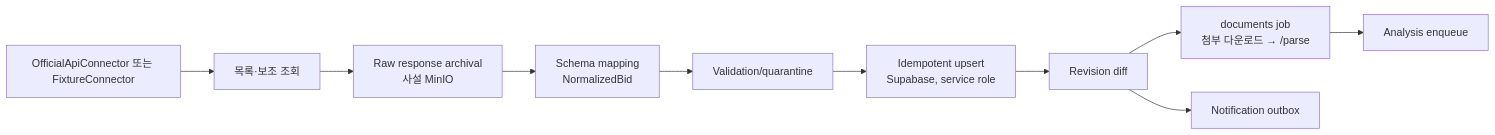
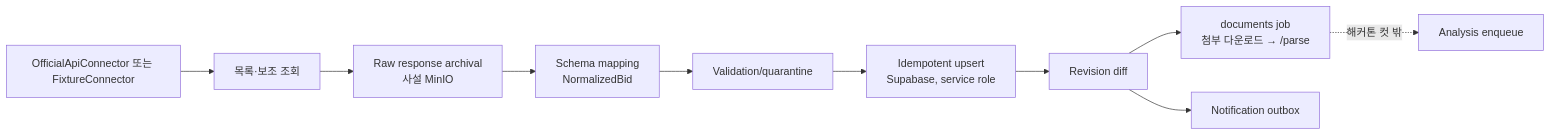
Before and after one commit to solideoai/sol-radar: the diagram in docs/07-DATA-PIPELINE.md, drawn with Mermaid. The commit also changed other lines of this file and 19 other files, not shown here.

````diff
--- a/docs/07-DATA-PIPELINE.md
+++ b/docs/07-DATA-PIPELINE.md
@@ -23,12 +23,12 @@
 ```mermaid
 flowchart LR
  A[OfficialApiConnector 또는 FixtureConnector] --> B[목록·보조 조회]
  B --> C[Raw response archival<br/>사설 MinIO]
  C --> D[Schema mapping<br/>NormalizedBid]
  D --> E[Validation/quarantine]
  E --> F[Idempotent upsert<br/>Supabase, service role]
  F --> G[Revision diff]
  G --> J[documents job<br/>첨부 다운로드 → /parse]
- J --> H[Analysis enqueue]
+ J -.->|해커톤 컷 밖| H[Analysis enqueue]
  G --> I[Notification outbox]
 ```
````
